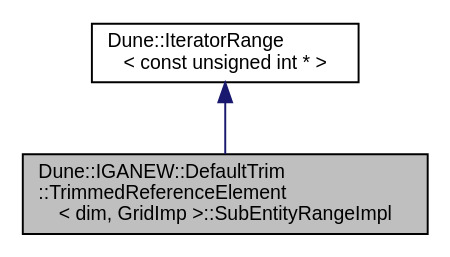
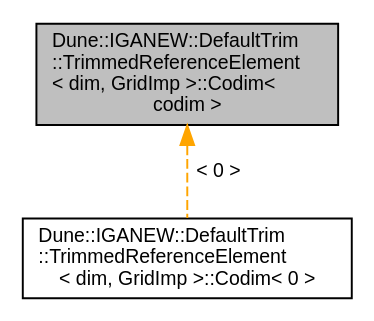
The diagram in d3/d2d/a01625.dot (rath3t/dune-iga-doc), drawn with Graphviz before and after one commit. The commit also changed 754 other files, not shown here.

```diff
--- a/d3/d2d/a01625.dot
+++ b/d3/d2d/a01625.dot
@@ -1,9 +1,9 @@
-digraph "Dune::IGANEW::DefaultTrim::TrimmedReferenceElement&lt; dim, GridImp &gt;::SubEntityRangeImpl"
+digraph "Dune::IGANEW::DefaultTrim::TrimmedReferenceElement&lt; dim, GridImp &gt;::Codim&lt; codim &gt;"
 {
  // LATEX_PDF_SIZE
   edge [fontname="Helvetica",fontsize="10",labelfontname="Helvetica",labelfontsize="10"];
   node [fontname="Helvetica",fontsize="10",shape=record];
-  Node1 [label="Dune::IGANEW::DefaultTrim\l::TrimmedReferenceElement\l\< dim, GridImp \>::SubEntityRangeImpl",height=0.2,width=0.4,color="black", fillcolor="grey75", style="filled", fontcolor="black",tooltip=" "];
-  Node2 -> Node1 [dir="back",color="midnightblue",fontsize="10",style="solid",fontname="Helvetica"];
-  Node2 [label="Dune::IteratorRange\l\< const unsigned int * \>",height=0.2,width=0.4,color="black", fillcolor="white", style="filled",tooltip=" "];
+  Node1 [label="Dune::IGANEW::DefaultTrim\l::TrimmedReferenceElement\l\< dim, GridImp \>::Codim\<\l codim \>",height=0.2,width=0.4,color="black", fillcolor="grey75", style="filled", fontcolor="black",tooltip="Collection of types depending on the codimension."];
+  Node1 -> Node2 [dir="back",color="orange",fontsize="10",style="dashed",label=" \< 0 \>" ,fontname="Helvetica"];
+  Node2 [label="Dune::IGANEW::DefaultTrim\l::TrimmedReferenceElement\l\< dim, GridImp \>::Codim\< 0 \>",height=0.2,width=0.4,color="black", fillcolor="white", style="filled",URL="$dd/d90/a01626.html",tooltip=" "];
 }
```
